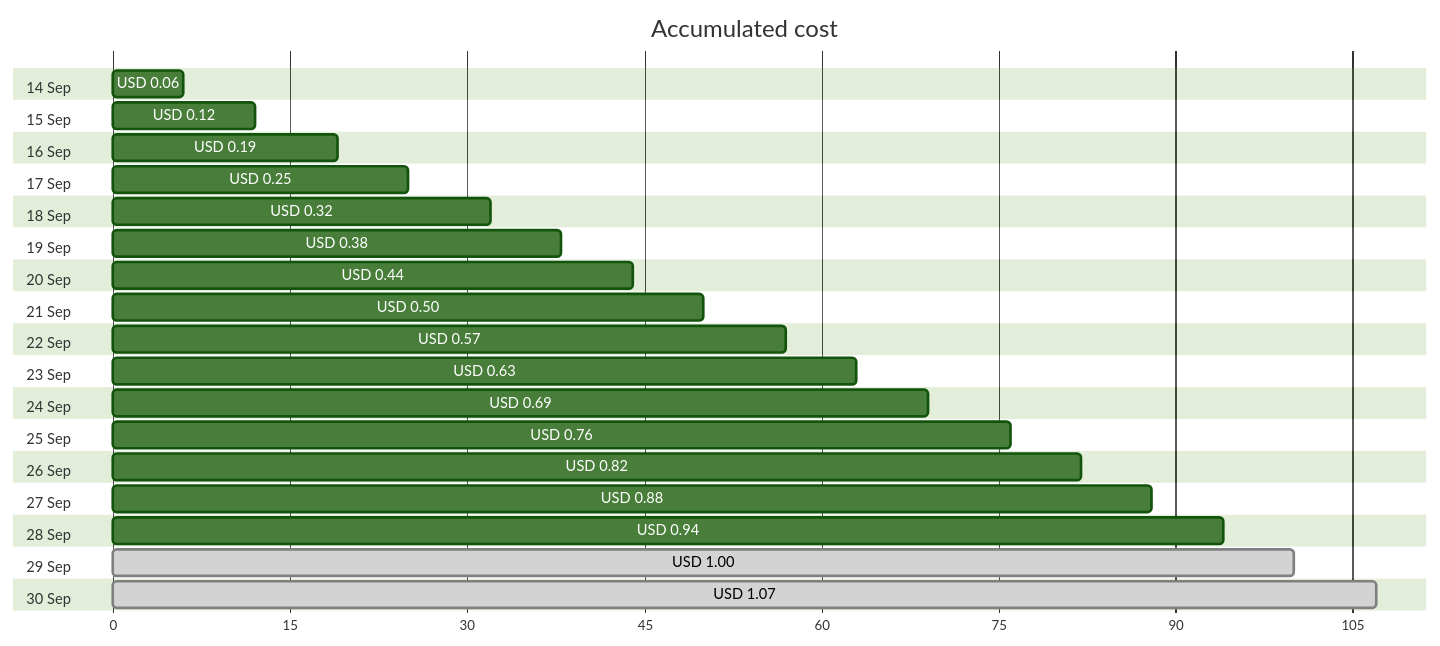
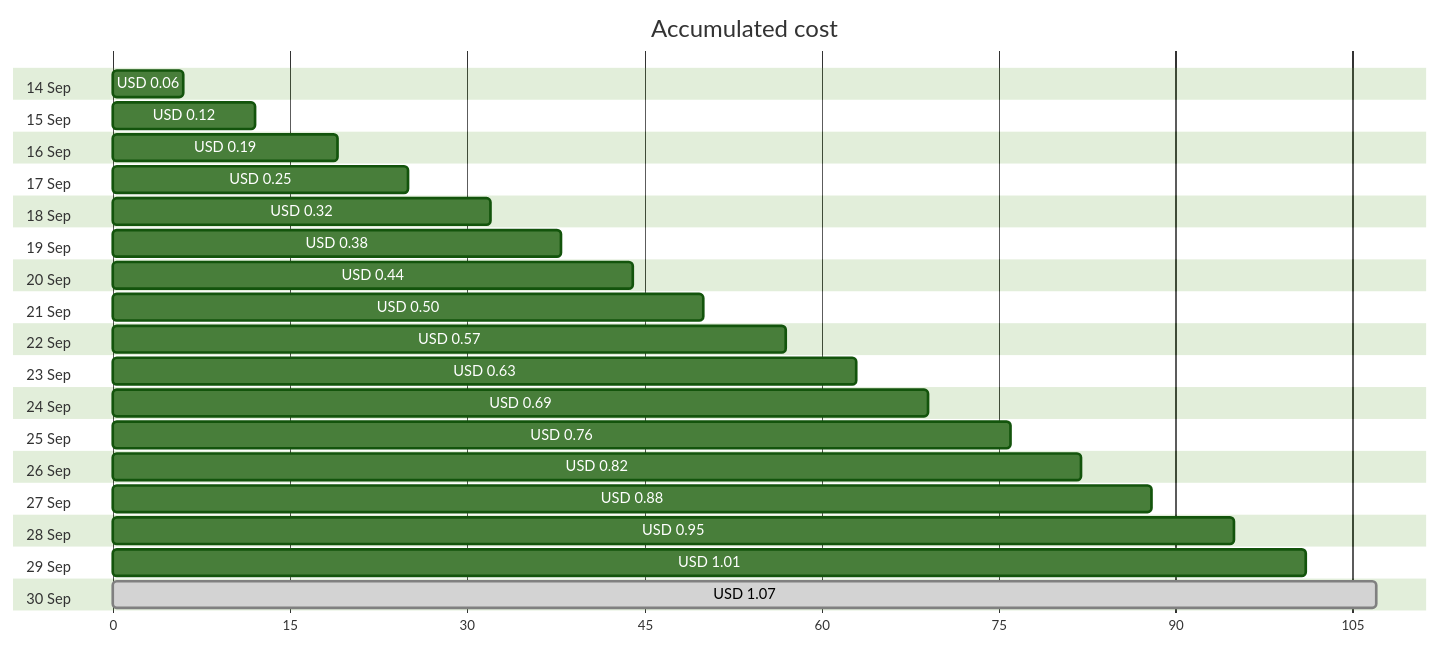
The first of 4 diagrams in cost-reports/personal-network/backup-server_OsDisk.md (jpfulton/azure-personal-reports), drawn with Mermaid (forest theme) before and after one commit. The commit also changed other lines of this file and 9 other files, not shown here.

````diff
--- a/cost-reports/personal-network/backup-server_OsDisk.md
+++ b/cost-reports/personal-network/backup-server_OsDisk.md
@@ -20,40 +20,40 @@
 ```mermaid
 gantt
    title Accumulated cost
    dateFormat  X
    axisFormat %s
    section 14 Sep
    USD 0.06 :0, 6
    section 15 Sep
    USD 0.12 :0, 12
    section 16 Sep
    USD 0.19 :0, 19
    section 17 Sep
    USD 0.25 :0, 25
    section 18 Sep
    USD 0.32 :0, 32
    section 19 Sep
    USD 0.38 :0, 38
    section 20 Sep
    USD 0.44 :0, 44
    section 21 Sep
    USD 0.50 :0, 50
    section 22 Sep
    USD 0.57 :0, 57
    section 23 Sep
    USD 0.63 :0, 63
    section 24 Sep
    USD 0.69 :0, 69
    section 25 Sep
    USD 0.76 :0, 76
    section 26 Sep
    USD 0.82 :0, 82
    section 27 Sep
    USD 0.88 :0, 88
    section 28 Sep
-   USD 0.94 :0, 94
+   USD 0.95 :0, 95
    section 29 Sep
-   USD 1.00 : done, 0, 100
+   USD 1.01 :0, 101
    section 30 Sep
    USD 1.07 : done, 0, 107
 ```
````
